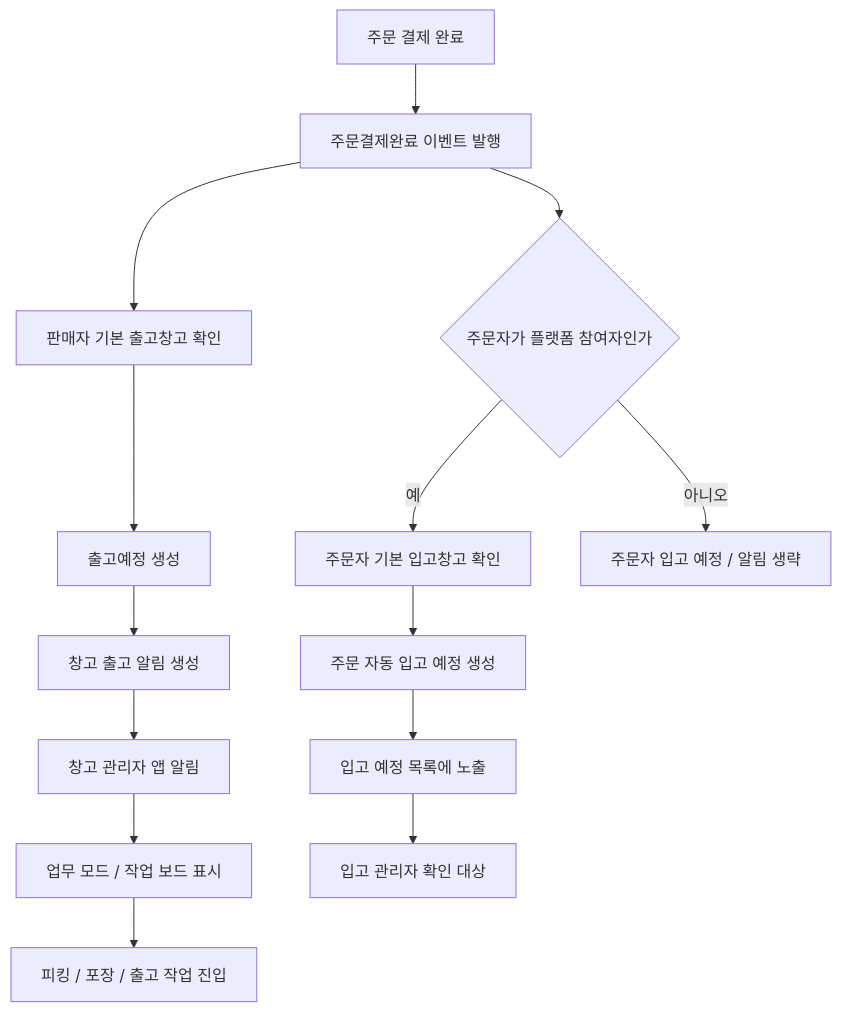
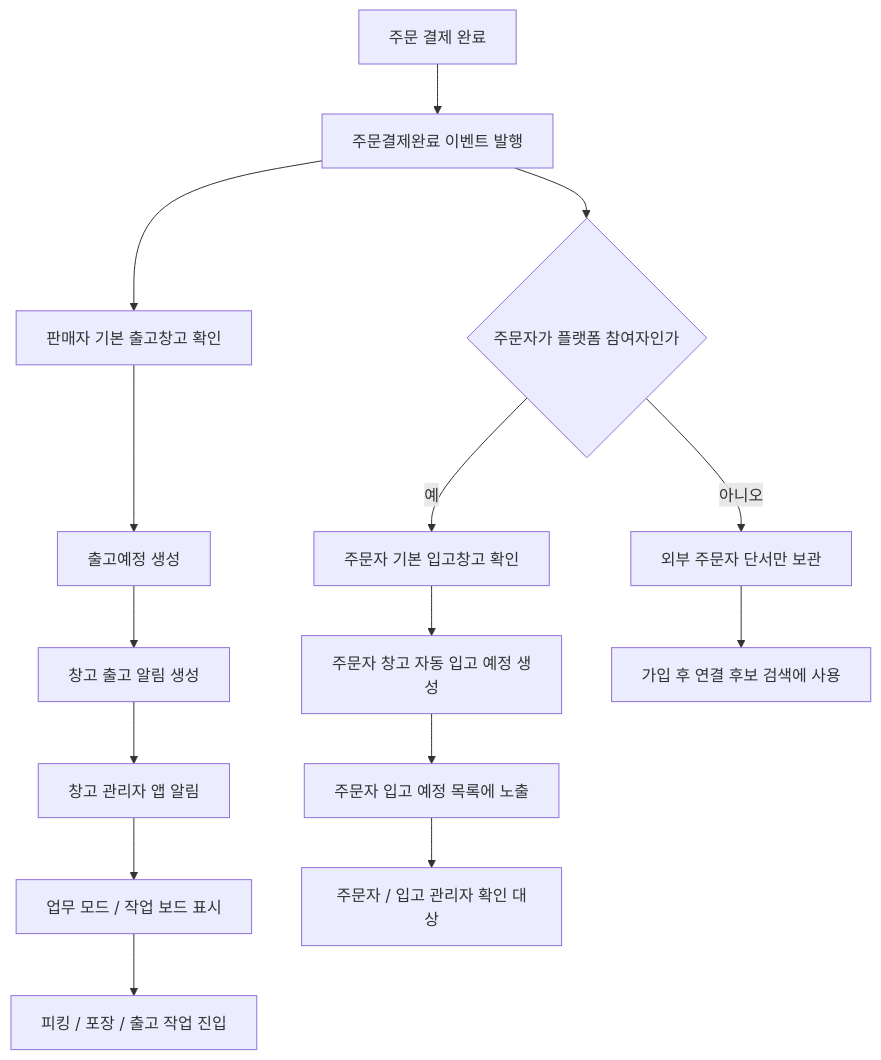
The fourth of 5 diagrams in docs/ProjectOverview/warehouse-flows.md (cheolwo/hongdal), drawn with Mermaid before and after one commit. The commit also changed other lines of this file and 177 other files, not shown here.

````diff
--- a/docs/ProjectOverview/warehouse-flows.md
+++ b/docs/ProjectOverview/warehouse-flows.md
@@ -69,16 +90,17 @@
 ```mermaid
 flowchart TD
     A["주문 결제 완료"] --> B["주문결제완료 이벤트 발행"]
     B --> C["판매자 기본 출고창고 확인"]
     B --> D{"주문자가 플랫폼 참여자인가"}
     C --> E["출고예정 생성"]
     D -->|예| F["주문자 기본 입고창고 확인"]
-    D -->|아니오| M["주문자 입고 예정 / 알림 생략"]
-    F --> N["주문 자동 입고 예정 생성"]
+    D -->|아니오| M["외부 주문자 단서만 보관"]
+    F --> N["주문자 창고 자동 입고 예정 생성"]
     E --> G["창고 출고 알림 생성"]
-    N --> H["입고 예정 목록에 노출"]
+    N --> H["주문자 입고 예정 목록에 노출"]
+    M --> O["가입 후 연결 후보 검색에 사용"]
     G --> I["창고 관리자 앱 알림"]
     I --> J["업무 모드 / 작업 보드 표시"]
     J --> K["피킹 / 포장 / 출고 작업 진입"]
-    H --> L["입고 관리자 확인 대상"]
+    H --> L["주문자 / 입고 관리자 확인 대상"]
 ```
````
